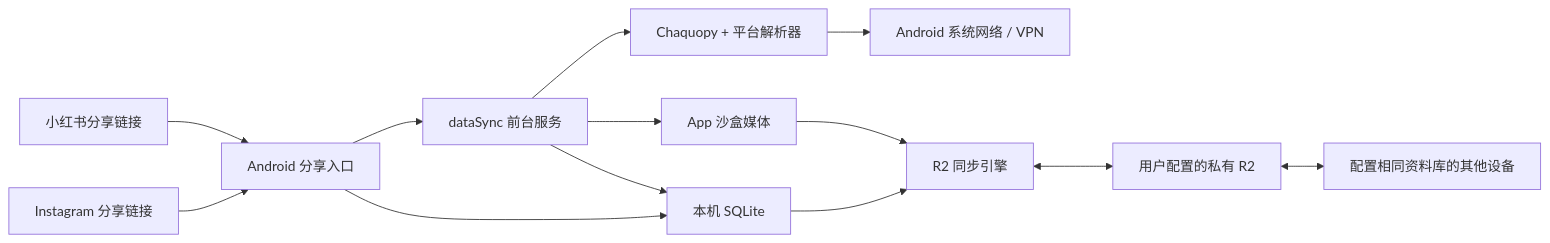
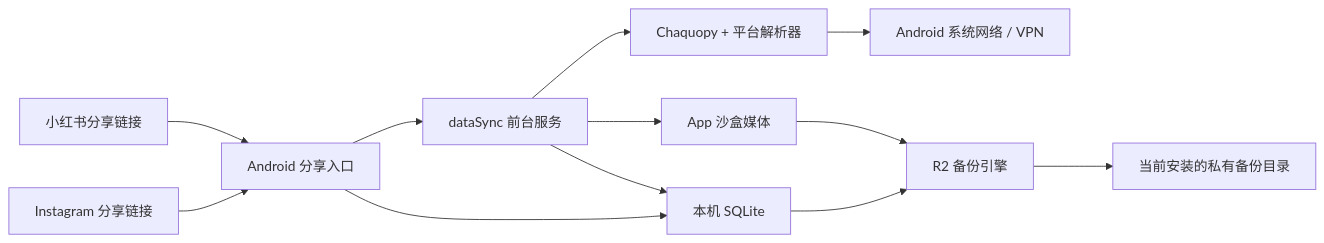
The first of 2 diagrams in docs/architecture-plan.md (arsenalxj/PhotoBook), drawn with Mermaid before and after one commit. The commit also changed other lines of this file and 51 other files, not shown here.

````diff
--- a/docs/architecture-plan.md
+++ b/docs/architecture-plan.md
@@ -13,15 +13,14 @@
 ```mermaid
 flowchart LR
     IG["Instagram 分享链接"] --> ACT["Android 分享入口"]
     XHS["小红书分享链接"] --> ACT
     ACT --> DB["本机 SQLite"]
     ACT --> FGS["dataSync 前台服务"]
     FGS --> PY["Chaquopy + 平台解析器"]
     PY --> NET["Android 系统网络 / VPN"]
     FGS --> FILES["App 沙盒媒体"]
     FGS --> DB
-    DB --> SYNC["R2 同步引擎"]
-    FILES --> SYNC
-    SYNC <--> R2["用户配置的私有 R2"]
-    R2 <--> OTHER["配置相同资料库的其他设备"]
+    DB --> BACKUP["R2 备份引擎"]
+    FILES --> BACKUP
+    BACKUP --> R2["当前安装的私有备份目录"]
 ```
````
